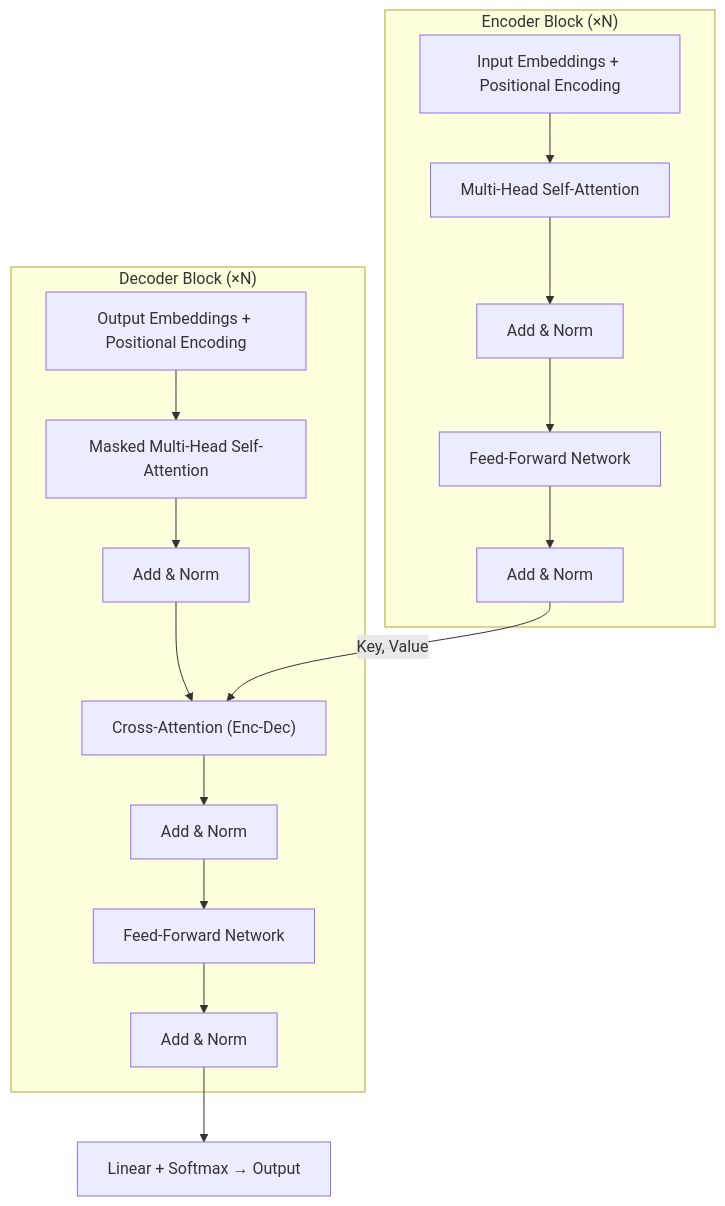
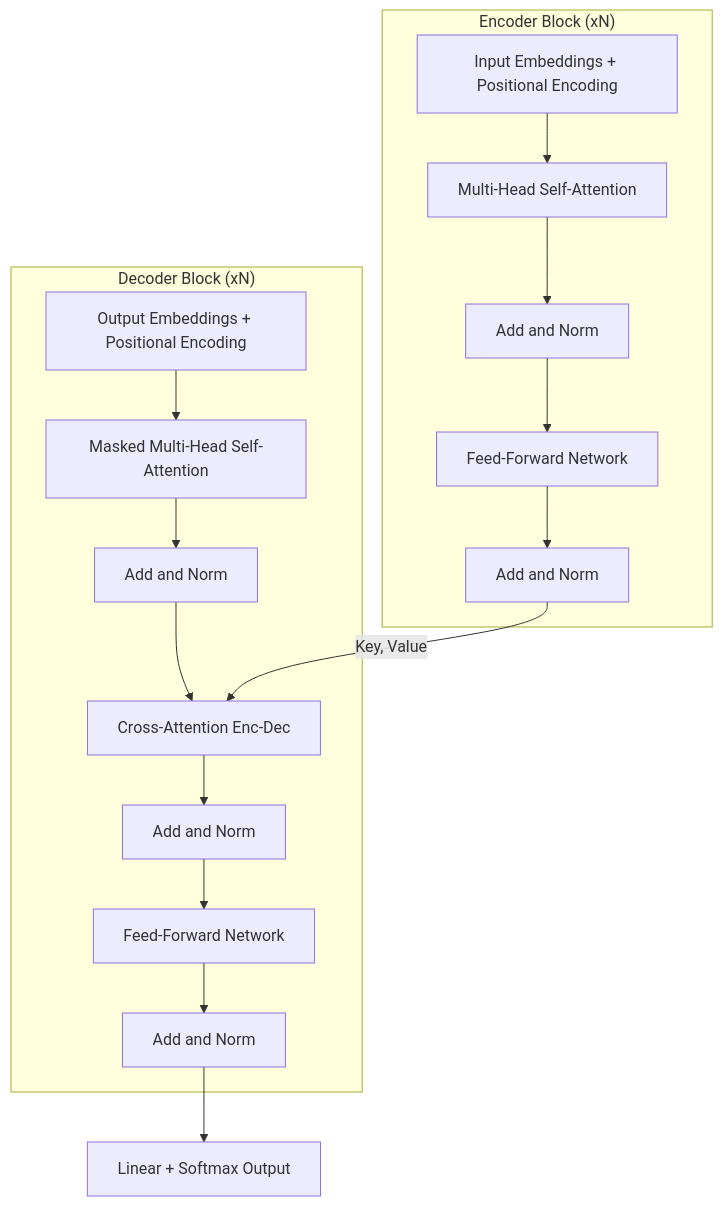
Before and after one commit to chinnaip/DeeplearingClassNotes: the sixth of 6 diagrams in exam_answers/test_answer_key.md, drawn with Mermaid. The commit also changed other lines of this file, not shown here.

````diff
--- a/exam_answers/test_answer_key.md
+++ b/exam_answers/test_answer_key.md
@@ -181,21 +188,21 @@
 ```mermaid
 flowchart TB
-    subgraph ENC["Encoder Block (×N)"]
+    subgraph ENC["Encoder Block (xN)"]
         E1["Input Embeddings + Positional Encoding"]
         E1 --> MHA["Multi-Head Self-Attention"]
-        MHA --> AN1["Add & Norm"]
+        MHA --> AN1["Add and Norm"]
         AN1 --> FFN["Feed-Forward Network"]
-        FFN --> AN2["Add & Norm"]
+        FFN --> AN2["Add and Norm"]
     end
-    subgraph DEC["Decoder Block (×N)"]
+    subgraph DEC["Decoder Block (xN)"]
         D1["Output Embeddings + Positional Encoding"]
         D1 --> MMHA["Masked Multi-Head Self-Attention"]
-        MMHA --> AN3["Add & Norm"]
-        AN3 --> MHA2["Cross-Attention (Enc-Dec)"]
-        MHA2 --> AN4["Add & Norm"]
+        MMHA --> AN3["Add and Norm"]
+        AN3 --> MHA2["Cross-Attention Enc-Dec"]
+        MHA2 --> AN4["Add and Norm"]
         AN4 --> FFN2["Feed-Forward Network"]
-        FFN2 --> AN5["Add & Norm"]
+        FFN2 --> AN5["Add and Norm"]
     end
     AN2 -->|"Key, Value"| MHA2
-    AN5 --> LIN["Linear + Softmax → Output"]
+    AN5 --> LIN["Linear + Softmax Output"]
 ```
````
